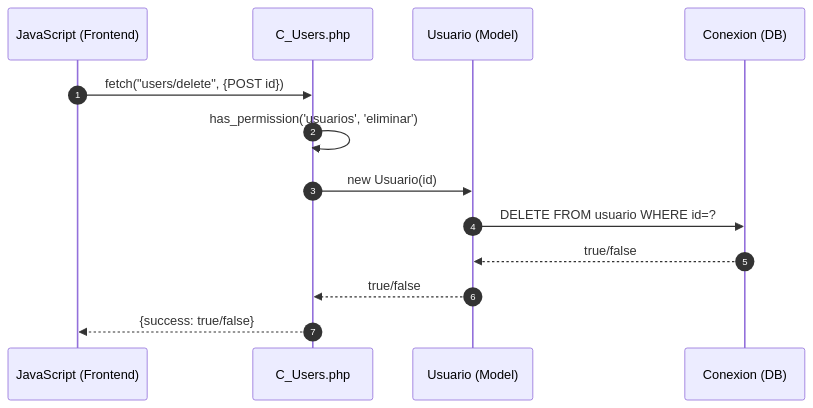
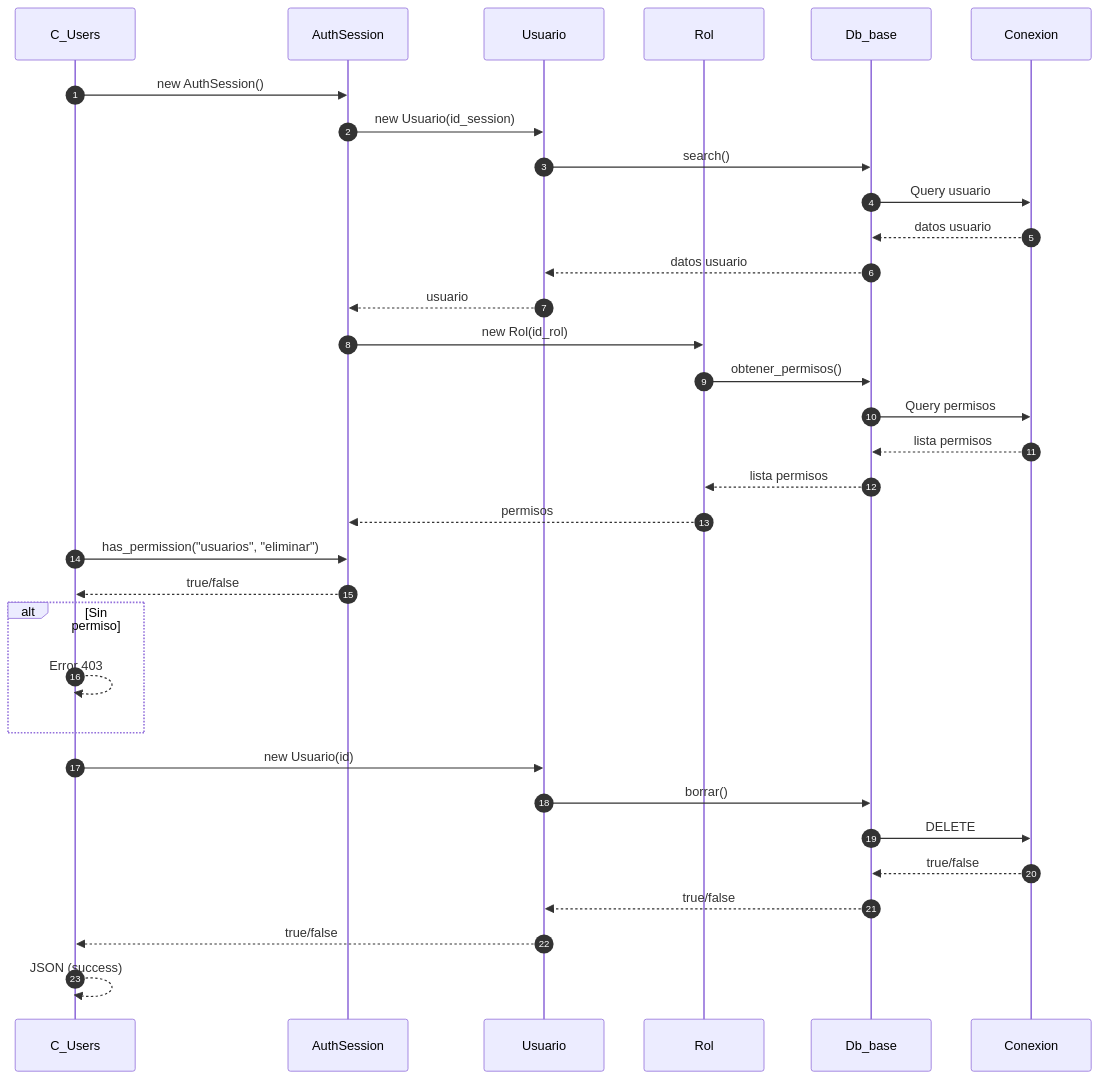
Before and after one commit to Tecrato/BurgerHouse: the fourth of 6 diagrams in docs/secuencia/usuarios/usuarios.md, drawn with Mermaid. The commit also changed other lines of this file and 13 other files, not shown here.

First line of the commit message:
diagramas actualizaos

````diff
--- a/docs/secuencia/usuarios/usuarios.md
+++ b/docs/secuencia/usuarios/usuarios.md
@@ -88,19 +145,41 @@
 ```mermaid
 sequenceDiagram
     autonumber
-    participant JS as JavaScript (Frontend)
-    participant C_Users as C_Users.php
-    participant Usuario as Usuario (Model)
-    participant DB as Conexion (DB)
+    participant C_Users as C_Users
+    participant AuthSession as AuthSession
+    participant Usuario as Usuario
+    participant Rol as Rol
+    participant Db_base as Db_base
+    participant Conexion as Conexion
     
-    JS->>C_Users: fetch("users/delete", {POST id})
+    C_Users->>AuthSession: new AuthSession()
+    AuthSession->>Usuario: new Usuario(id_session)
+    Usuario->>Db_base: search()
+    Db_base->>Conexion: Query usuario
+    Conexion-->>Db_base: datos usuario
+    Db_base-->>Usuario: datos usuario
+    Usuario-->>AuthSession: usuario
     
-    C_Users->>C_Users: has_permission('usuarios', 'eliminar')
+    AuthSession->>Rol: new Rol(id_rol)
+    Rol->>Db_base: obtener_permisos()
+    Db_base->>Conexion: Query permisos
+    Conexion-->>Db_base: lista permisos
+    Db_base-->>Rol: lista permisos
+    Rol-->>AuthSession: permisos
+    
+    C_Users->>AuthSession: has_permission("usuarios", "eliminar")
+    AuthSession-->>C_Users: true/false
+    
+    alt Sin permiso
+        C_Users-->>C_Users: Error 403
+    end
     
     C_Users->>Usuario: new Usuario(id)
-    Usuario->>DB: DELETE FROM usuario WHERE id=?
-    DB-->>Usuario: true/false
+    Usuario->>Db_base: borrar()
+    Db_base->>Conexion: DELETE
+    Conexion-->>Db_base: true/false
+    Db_base-->>Usuario: true/false
     Usuario-->>C_Users: true/false
     
-    C_Users-->>JS: {success: true/false}
+    C_Users-->>C_Users: JSON (success)
 ```
````
